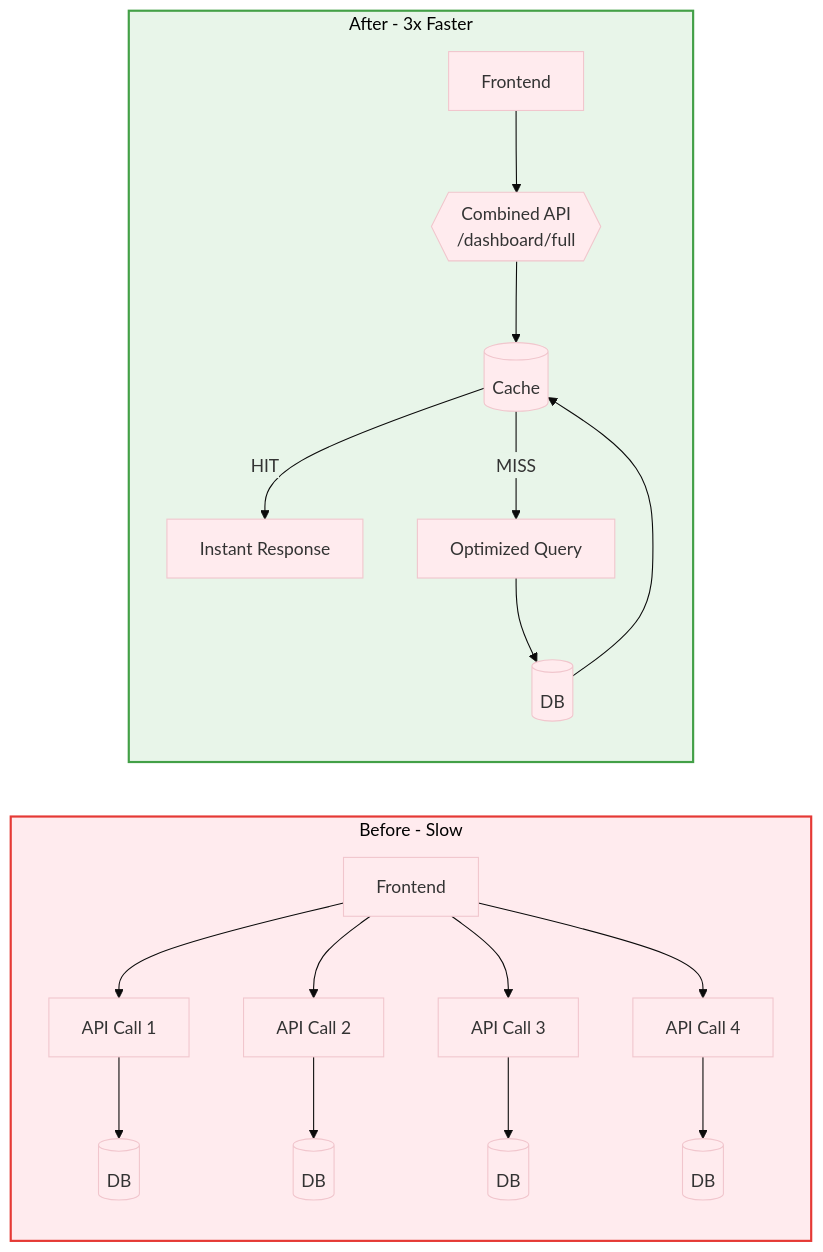
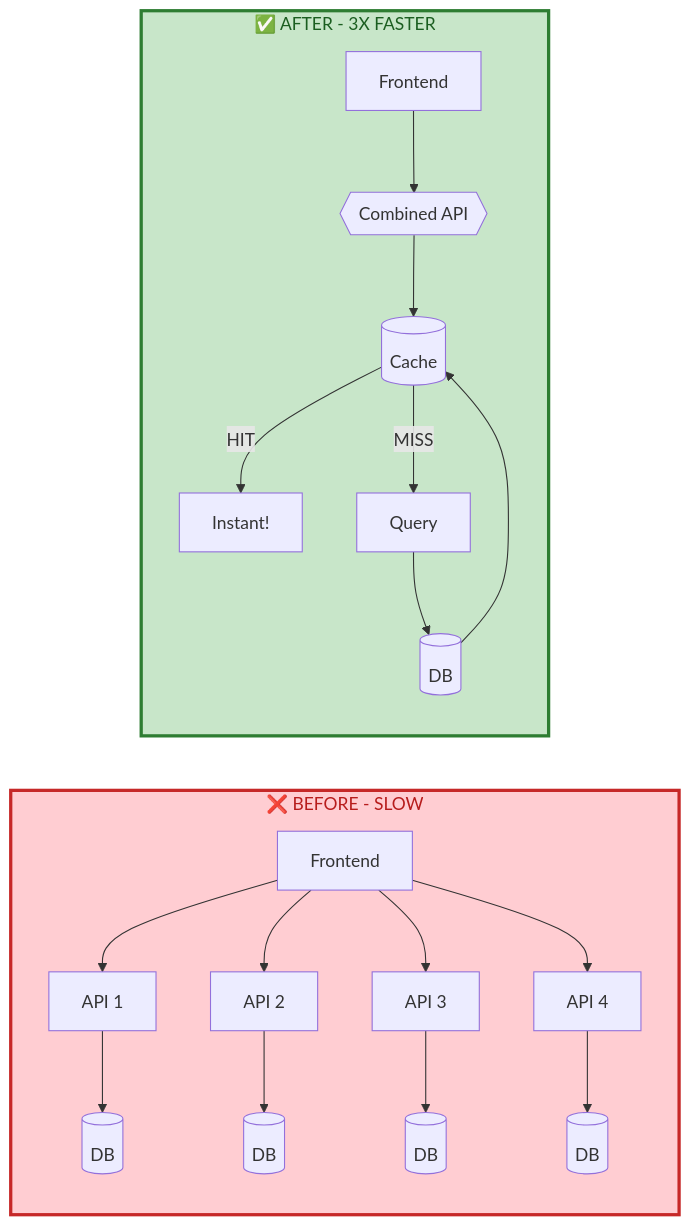
One commit to AIUtsavBot/MatruRaksha_AI_Event changed the seventh of 8 diagrams in README.md. Above: the diagram before and after it, drawn with Mermaid. The commit also changed other lines of this file, not shown here.

````diff
--- a/README.md
+++ b/README.md
@@ -433,37 +429,36 @@
 ```mermaid
-%%{init: {'theme': 'base', 'themeVariables': { 'primaryColor': '#FFEBEE', 'secondaryColor': '#E8F5E9'}}}%%
 flowchart LR
-    subgraph BEFORE[" Before - Slow "]
+    subgraph BEFORE[" ❌ BEFORE - SLOW "]
         B1["Frontend"]
-        B2["API Call 1"]
-        B3["API Call 2"]
-        B4["API Call 3"]
-        B5["API Call 4"]
+        B2["API 1"]
+        B3["API 2"]
+        B4["API 3"]
+        B5["API 4"]
         B6[("DB")]
         B7[("DB")]
         B8[("DB")]
         B9[("DB")]
         B1 --> B2 --> B6
         B1 --> B3 --> B7
         B1 --> B4 --> B8
         B1 --> B5 --> B9
     end
 
-    subgraph AFTER[" After - 3x Faster "]
+    subgraph AFTER[" ✅ AFTER - 3X FASTER "]
         A1["Frontend"]
-        A2{{"Combined API\n/dashboard/full"}}
+        A2{{"Combined API"}}
         A3[("Cache")]
-        A4["Instant Response"]
-        A5["Optimized Query"]
+        A4["Instant!"]
+        A5["Query"]
         A6[("DB")]
         A1 --> A2
         A2 --> A3
         A3 -->|HIT| A4
         A3 -->|MISS| A5
         A5 --> A6
         A6 --> A3
     end
 
-    style BEFORE fill:#FFEBEE,stroke:#E53935,stroke-width:2px
-    style AFTER fill:#E8F5E9,stroke:#43A047,stroke-width:2px
+    style BEFORE fill:#ffcdd2,stroke:#c62828,stroke-width:3px,color:#b71c1c
+    style AFTER fill:#c8e6c9,stroke:#2e7d32,stroke-width:3px,color:#1b5e20
 ```
````
